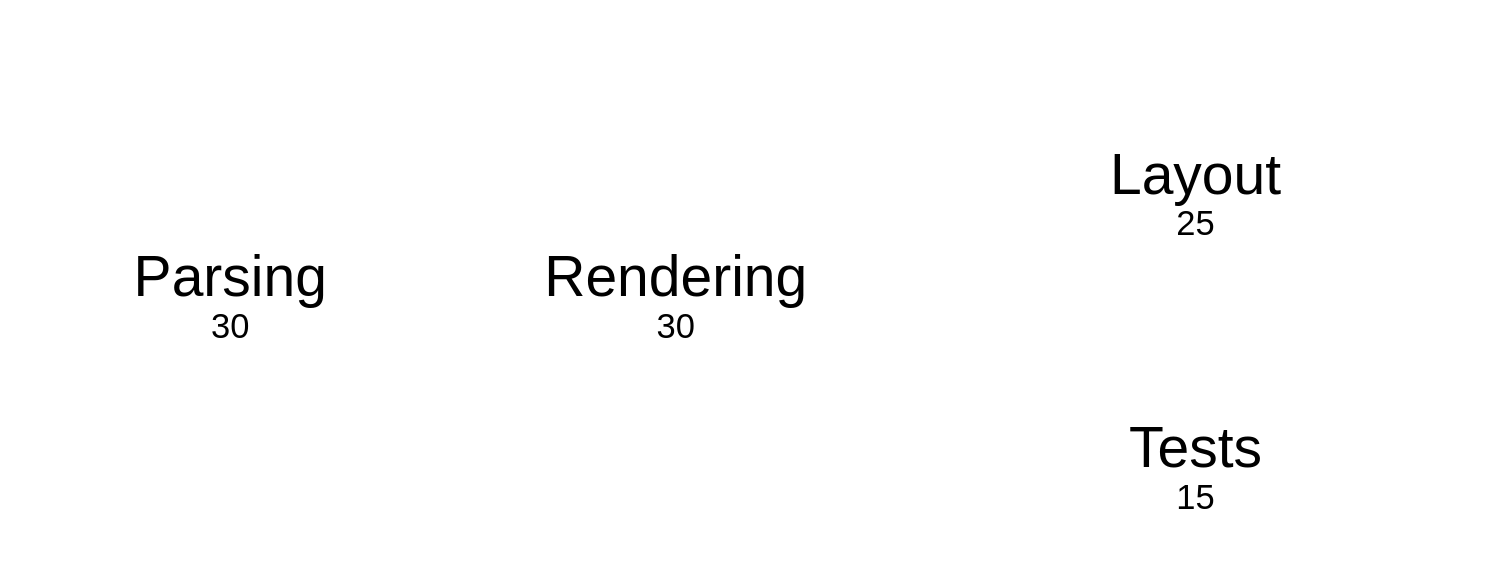
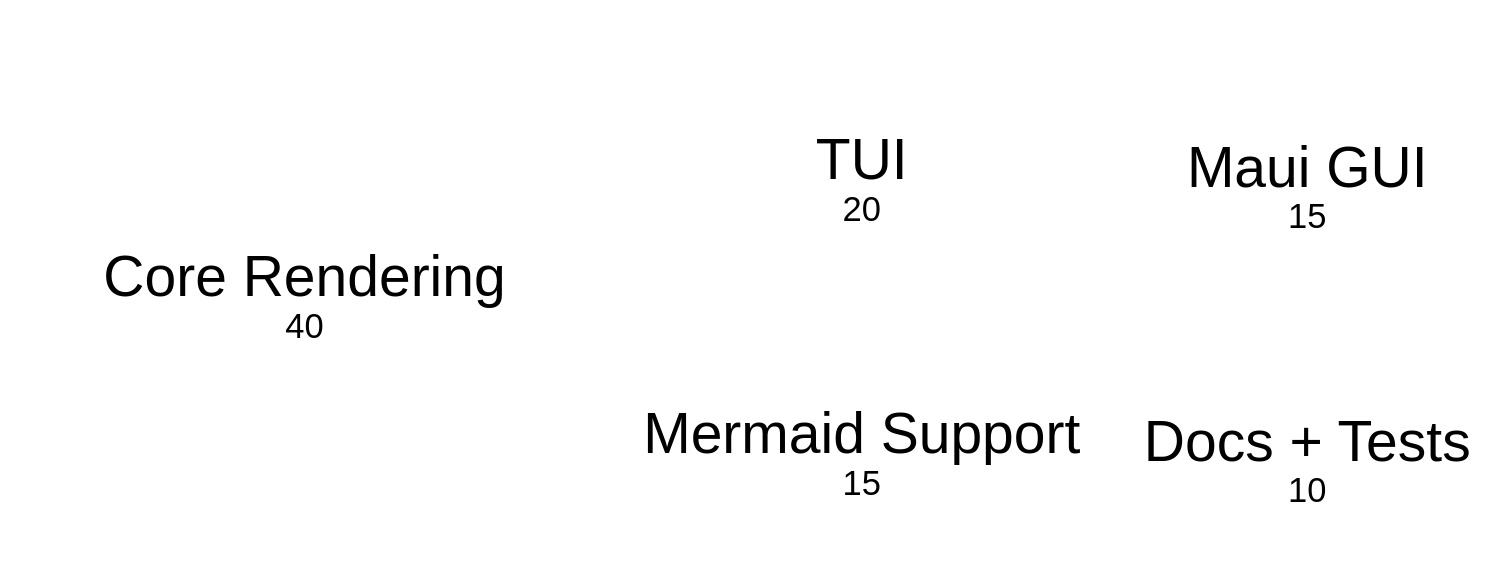
One commit to nullean/mermaider changed diagram 12 of 26 in tests/Mermaider.Tests/Fixtures/mermaid.md. Above: the diagram before and after it, drawn with Mermaid (forest theme). The commit also changed other lines of this file, not shown here.

Commit message:
Reword mermaid.md fixture prose for Mermaider; keep all diagram content intact

````diff
--- a/tests/Mermaider.Tests/Fixtures/mermaid.md
+++ b/tests/Mermaider.Tests/Fixtures/mermaid.md
@@ -175,7 +177,8 @@
 ```mermaid
 treemap-beta
-    "Parsing": 30
-    "Layout": 25
-    "Rendering": 30
-    "Tests": 15
+    "Core Rendering": 40
+    "Mermaid Support": 15
+    "TUI": 20
+    "Maui GUI": 15
+    "Docs + Tests": 10
 ```
````
